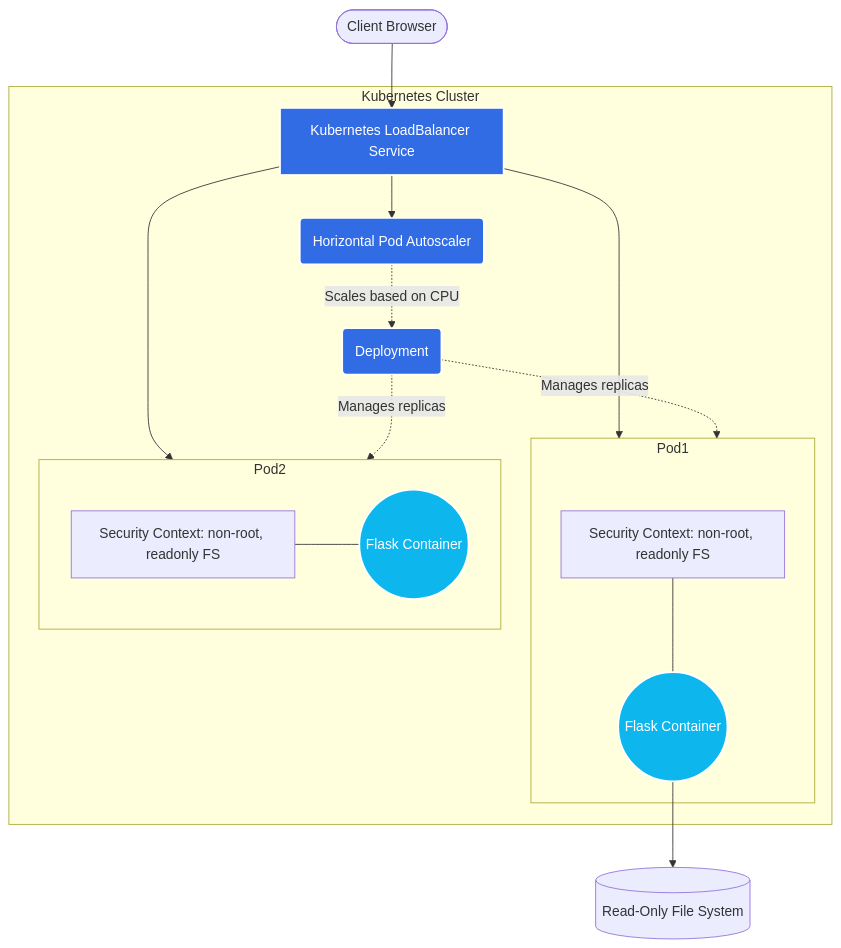
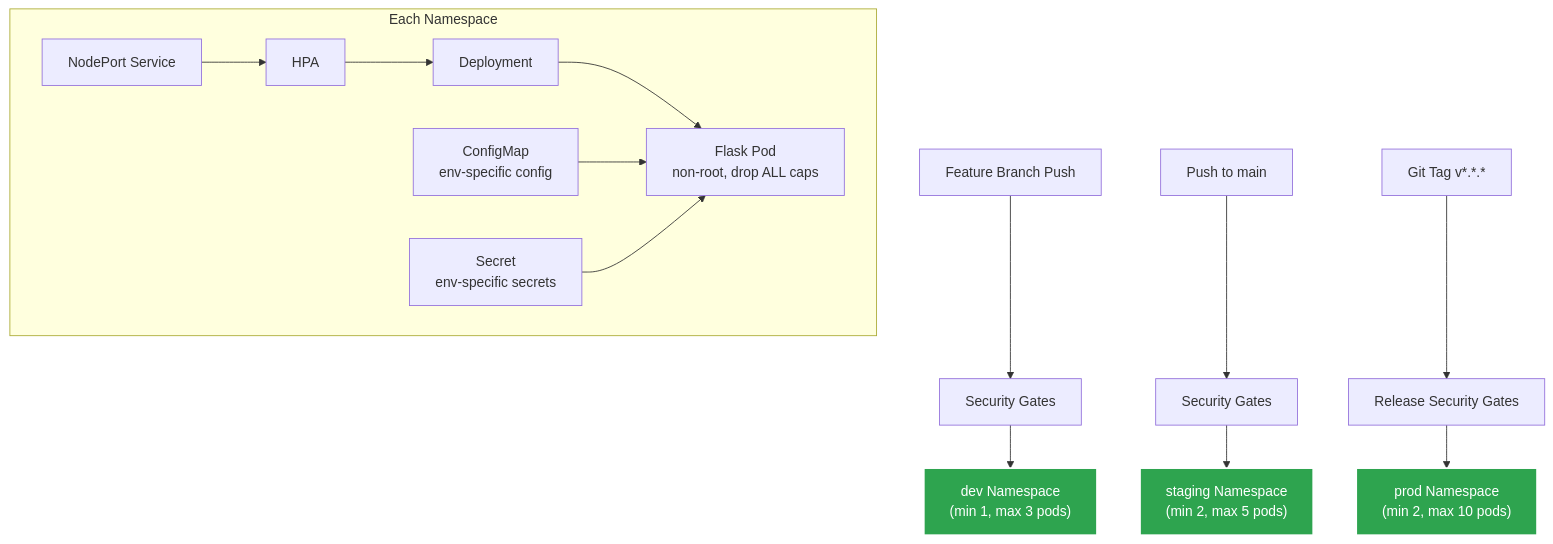
One commit to RohithKumar5860/devsecops-project changed the first of 3 diagrams in PROJECT_DESCRIPTION.md. Above: the diagram before and after it, drawn with Mermaid. The commit also changed other lines of this file and 26 other files, not shown here.

Commit message:
feat(k8s,security,ci): multi-environment deployment with Kustomize overlays, security-gated CI/CD promotion, and CVE fixes

````diff
--- a/PROJECT_DESCRIPTION.md
+++ b/PROJECT_DESCRIPTION.md
@@ -16,35 +86,22 @@
 ```mermaid
 graph TD
     classDef k8s fill:#326ce5,stroke:#fff,stroke-width:2px,color:#fff;
     classDef container fill:#0db7ed,stroke:#fff,stroke-width:2px,color:#fff;
-    classDef frontend fill:#e34f26,stroke:#fff,stroke-width:2px,color:#fff;
-    classDef backend fill:#4b8bbe,stroke:#fff,stroke-width:2px,color:#fff;
+    classDef env fill:#2ea44f,stroke:#fff,stroke-width:2px,color:#fff;
 
-    Client([Client Browser]) --> LB[Kubernetes LoadBalancer Service]
-    
-    subgraph K8s["Kubernetes Cluster"]
-        LB --> HPA(Horizontal Pod Autoscaler)
-        LB --> Pod1
-        LB --> Pod2
-        
-        HPA -.-> |Scales based on CPU| Deploy(Deployment)
-        Deploy -.-> |Manages replicas| Pod1(Flask App Pod)
-        Deploy -.-> |Manages replicas| Pod2(Flask App Pod)
-        
-        subgraph Pod1
-            C1[Security Context: non-root, readonly FS]
-            App1((Flask Container)):::container
-            C1 --- App1
-        end
-        
-        subgraph Pod2
-            C2[Security Context: non-root, readonly FS]
-            App2((Flask Container)):::container
-            C2 --- App2
-        end
+    Dev[Feature Branch Push] --> Gates1[Security Gates]
+    Main[Push to main] --> Gates2[Security Gates]
+    Tag[Git Tag v*.*.*] --> Gates3[Release Security Gates]
+
+    Gates1 --> DevNS["dev Namespace\n(min 1, max 3 pods)"]:::env
+    Gates2 --> StagingNS["staging Namespace\n(min 2, max 5 pods)"]:::env
+    Gates3 --> ProdNS["prod Namespace\n(min 2, max 10 pods)"]:::env
+
+    subgraph "Each Namespace"
+        Service[NodePort Service] --> HPA2[HPA]
+        HPA2 --> Deploy[Deployment]
+        Deploy --> Pod[Flask Pod\nnon-root, drop ALL caps]
+        ConfigMap[ConfigMap\nenv-specific config] --> Pod
+        Secret[Secret\nenv-specific secrets] --> Pod
     end
-
-    App1 --> Vol[(Read-Only File System)]
-    
-    class LB,Deploy,HPA k8s;
 ```
````
